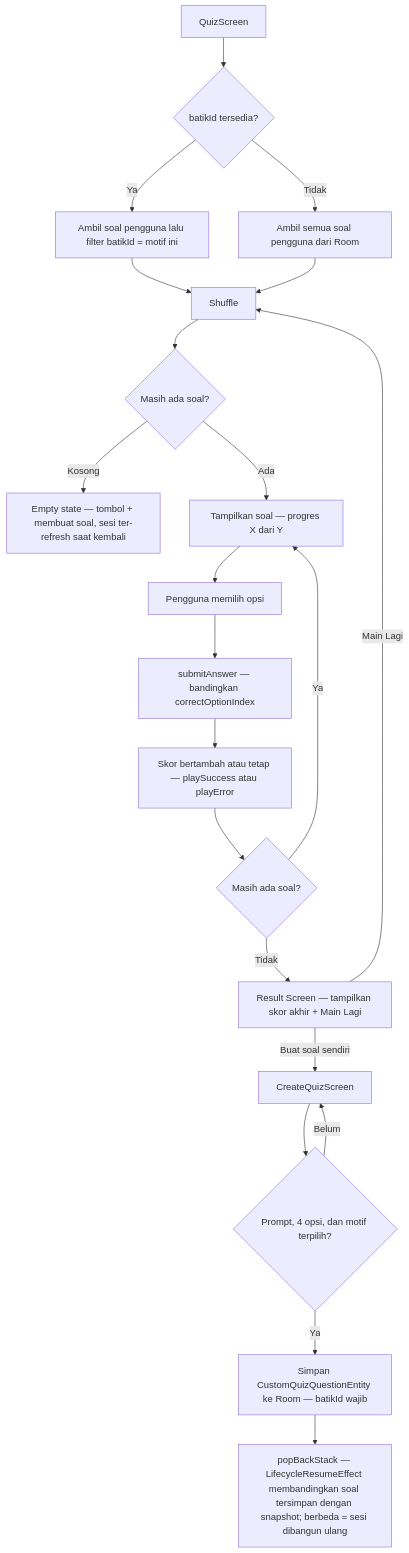
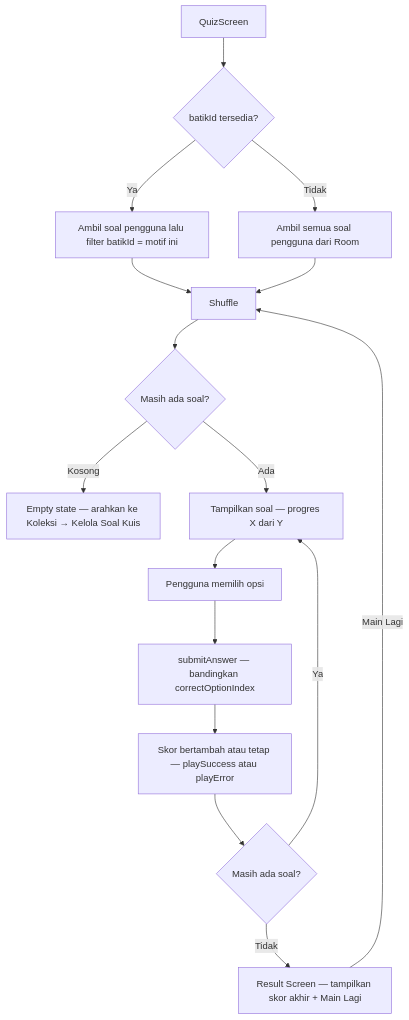
The fourth of 8 diagrams in README.md (JailaniGans/Jelajah-batik-jambi-AR), drawn with Mermaid before and after one commit. The commit also changed other lines of this file and 20 other files, not shown here.

First line of the commit message:
v1.4.2: kelola motif, progress upload, deteksi AR, fix kubus hitam + migrasi GLB

````diff
--- a/README.md
+++ b/README.md
@@ -246,23 +251,18 @@
 ```mermaid
 flowchart TD
     Q0["QuizScreen"] --> MODE{"batikId tersedia?"}
     MODE -->|Ya| QS["Ambil soal pengguna lalu filter batikId = motif ini"]
     MODE -->|Tidak| QA["Ambil semua soal pengguna dari Room"]
     QS --> SH["Shuffle"]
     QA --> SH
     SH --> EMPTY{"Masih ada soal?"}
-    EMPTY -->|Kosong| ES["Empty state — tombol + membuat soal, sesi ter-refresh saat kembali"]
+    EMPTY -->|Kosong| ES["Empty state — arahkan ke Koleksi → Kelola Soal Kuis"]
     EMPTY -->|Ada| ANS["Tampilkan soal — progres X dari Y"]
     ANS --> PICK["Pengguna memilih opsi"]
     PICK --> SUB["submitAnswer — bandingkan correctOptionIndex"]
     SUB --> SCORE["Skor bertambah atau tetap — playSuccess atau playError"]
     SCORE --> MORE{"Masih ada soal?"}
     MORE -->|Ya| ANS
     MORE -->|Tidak| RES["Result Screen — tampilkan skor akhir + Main Lagi"]
     RES -->|Main Lagi| SH
-    RES -->|Buat soal sendiri| CQ["CreateQuizScreen"]
-    CQ --> VAL{"Prompt, 4 opsi, dan motif terpilih?"}
-    VAL -->|Belum| CQ
-    VAL -->|Ya| SAVED["Simpan CustomQuizQuestionEntity ke Room — batikId wajib"]
-    SAVED --> BACK["popBackStack — LifecycleResumeEffect membandingkan soal tersimpan dengan snapshot; berbeda = sesi dibangun ulang"]
 ```
````
